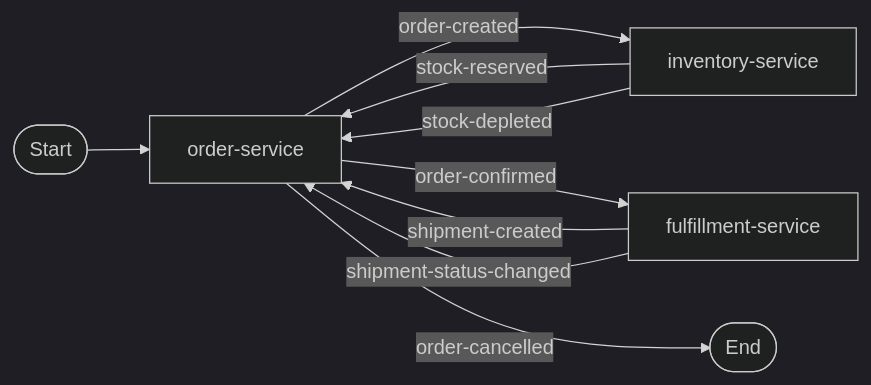
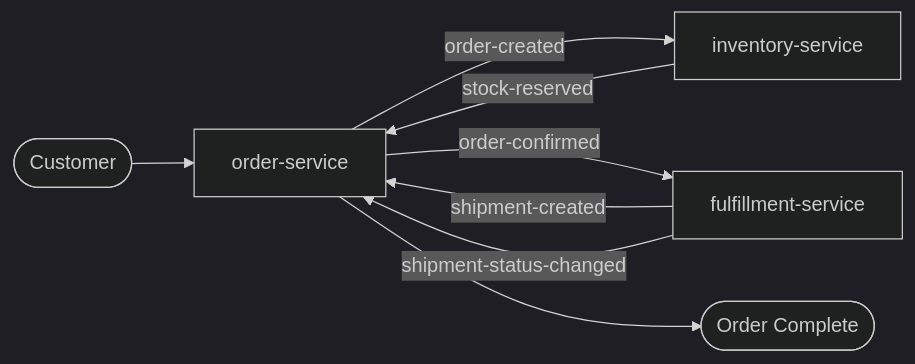
The first of 2 diagrams in examples/domains/order-fulfillment/README.md (filozofira/spas), drawn with Mermaid (dark theme) before and after one commit. The commit also changed other lines of this file and 216 other files, not shown here.

````diff
--- a/examples/domains/order-fulfillment/README.md
+++ b/examples/domains/order-fulfillment/README.md
@@ -3,11 +5,10 @@
 ```mermaid
 flowchart LR
-    Start([Start]) --> OS[order-service]
+    Start([Customer]) --> OS[order-service]
     OS -->|order-created| IS[inventory-service]
     IS -->|stock-reserved| OS
-    IS -->|stock-depleted| OS
     OS -->|order-confirmed| FS[fulfillment-service]
     FS -->|shipment-created| OS
     FS -->|shipment-status-changed| OS
-    OS -->|order-cancelled| End([End])
+    OS --> End([Order Complete])
 ```
````
